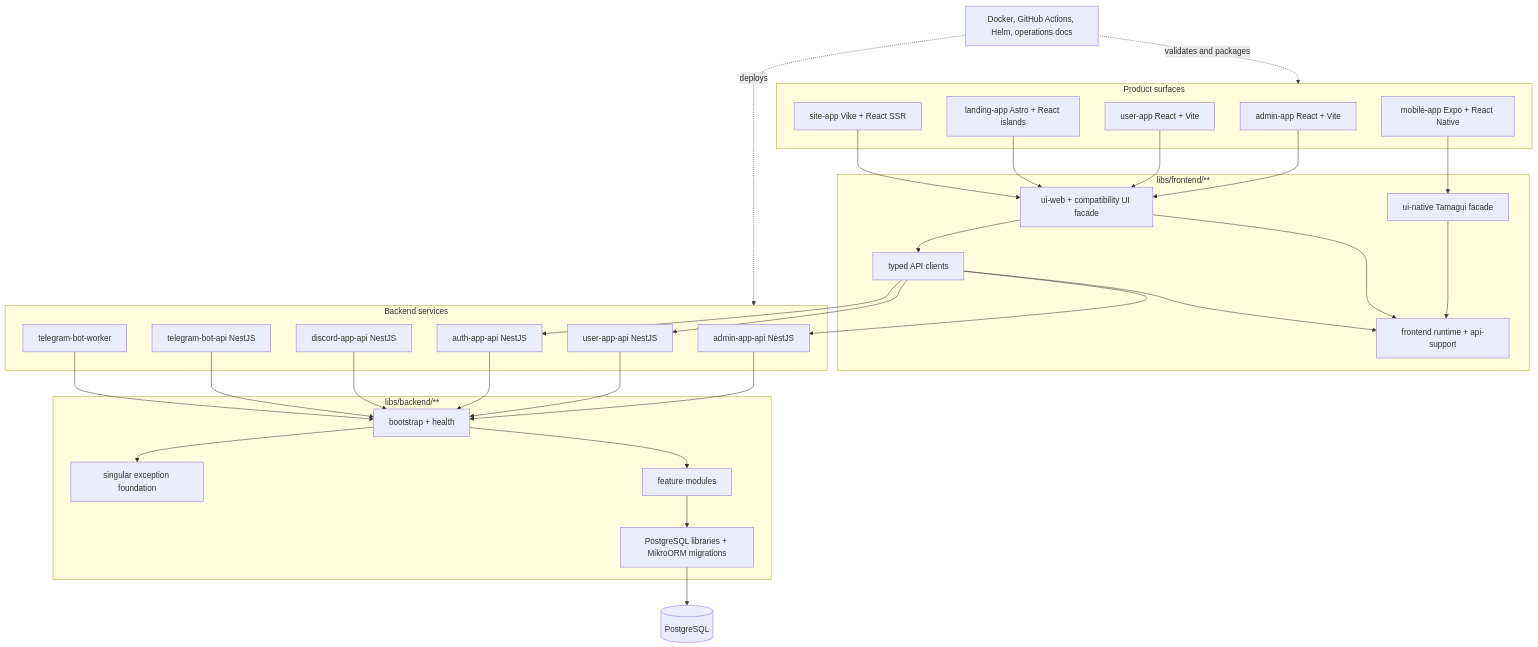
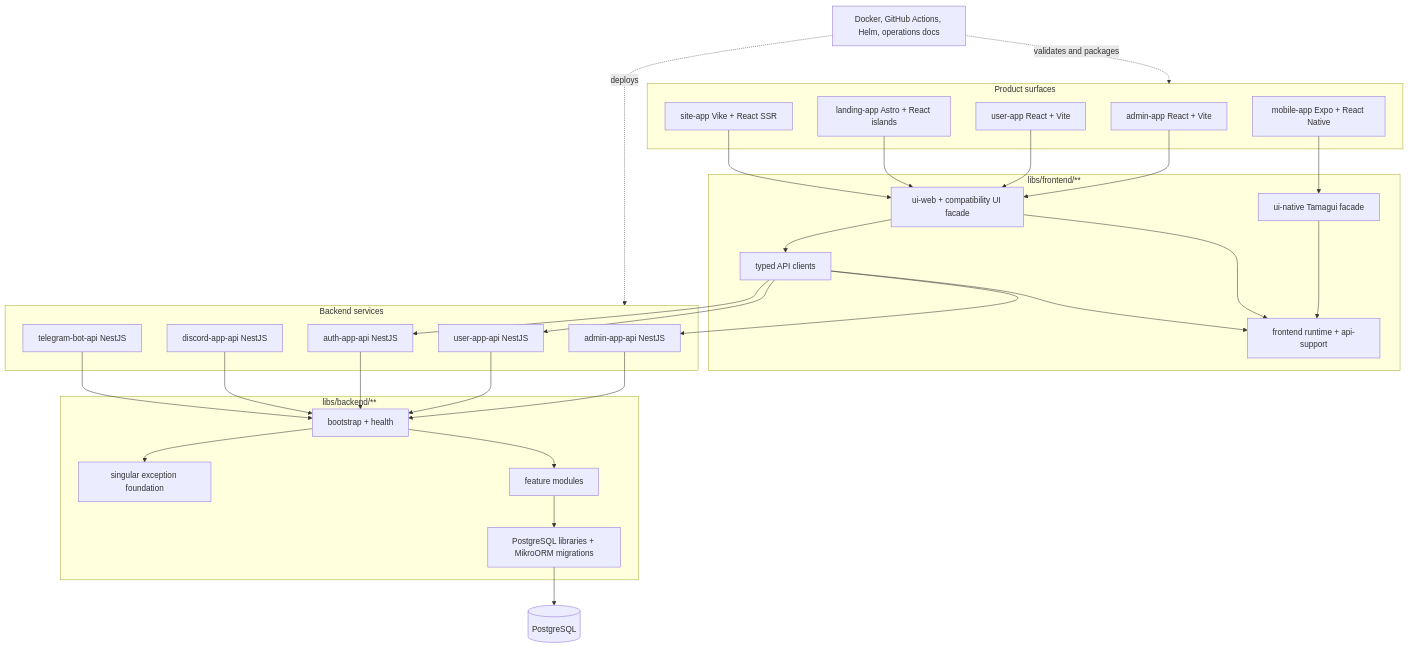
One commit to nmime/nest-react-boilerplate changed the diagram in README.md. Above: the diagram before and after it, drawn with Mermaid. The commit also changed other lines of this file and 49 other files, not shown here.

````diff
--- a/README.md
+++ b/README.md
@@ -7,57 +7,55 @@
 ```mermaid
 flowchart TB
   subgraph Product["Product surfaces"]
     Admin["admin-app React + Vite"]
     User["user-app React + Vite"]
     Landing["landing-app Astro + React islands"]
     Site["site-app Vike + React SSR"]
     Mobile["mobile-app Expo + React Native"]
   end
   subgraph Frontend["libs/frontend/**"]
     UI["ui-web + compatibility UI facade"]
     NativeUI["ui-native Tamagui facade"]
     Runtime["frontend runtime + api-support"]
     Client["typed API clients"]
   end
   subgraph Services["Backend services"]
     AdminApi["admin-app-api NestJS"]
     UserApi["user-app-api NestJS"]
     AuthApi["auth-app-api NestJS"]
     DiscordApi["discord-app-api NestJS"]
     TelegramApi["telegram-bot-api NestJS"]
-    TelegramWorker["telegram-bot-worker"]
   end
   subgraph Backend["libs/backend/**"]
     Bootstrap["bootstrap + health"]
     Exception["singular exception foundation"]
     Features["feature modules"]
     Postgres["PostgreSQL libraries + MikroORM migrations"]
   end
   Data[(PostgreSQL)]
   Ops["Docker, GitHub Actions, Helm, operations docs"]
 
   Admin --> UI
   User --> UI
   Landing --> UI
   Site --> UI
   Mobile --> NativeUI
   NativeUI --> Runtime
   UI --> Runtime
   UI --> Client
   Client --> Runtime
   Client --> AdminApi
   Client --> UserApi
   Client --> AuthApi
   AdminApi --> Bootstrap
   UserApi --> Bootstrap
   AuthApi --> Bootstrap
   DiscordApi --> Bootstrap
   TelegramApi --> Bootstrap
-  TelegramWorker --> Bootstrap
   Bootstrap --> Exception
   Bootstrap --> Features
   Features --> Postgres
   Postgres --> Data
   Ops -. "validates and packages" .-> Product
   Ops -. "deploys" .-> Services
 ```
````
